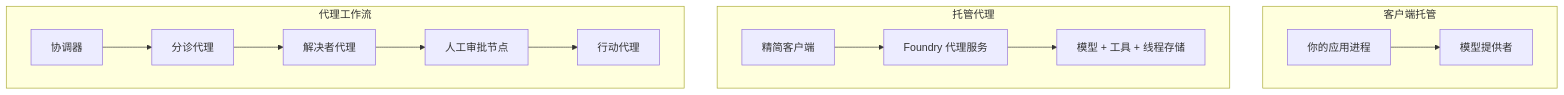
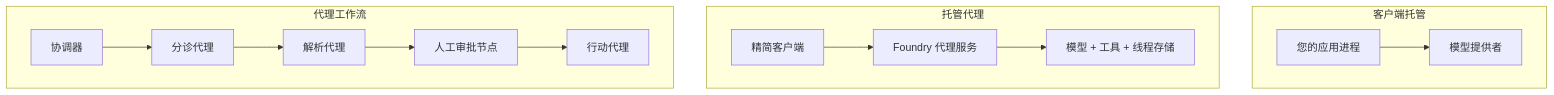
One commit to gabrielmoreira/agent-skills-mirror changed the first of 4 diagrams in mirrors/repos/microsoft@ai-agents-for-beginners/translations/zh-CN/16-deploying-scalable-agents/README.md. Above: the diagram before and after it, drawn with Mermaid. The commit also changed other lines of this file and 4262 other files, not shown here.

````diff
--- a/mirrors/repos/microsoft@ai-agents-for-beginners/translations/zh-CN/16-deploying-scalable-agents/README.md
+++ b/mirrors/repos/microsoft@ai-agents-for-beginners/translations/zh-CN/16-deploying-scalable-agents/README.md
@@ -87,16 +87,16 @@
 ```mermaid
 flowchart TB
     subgraph P1[客户端托管]
-        A1[你的应用进程] --> M1[模型提供者]
+        A1[您的应用进程] --> M1[模型提供者]
     end
     subgraph P2[托管代理]
         A2[精简客户端] --> F2[Foundry 代理服务]
         F2 --> M2[模型 + 工具 + 线程存储]
     end
     subgraph P3[代理工作流]
         A3[协调器] --> S1[分诊代理]
-        S1 --> S2[解决者代理]
+        S1 --> S2[解析代理]
         S2 --> H[人工审批节点]
         H --> S3[行动代理]
     end
 ```
````
